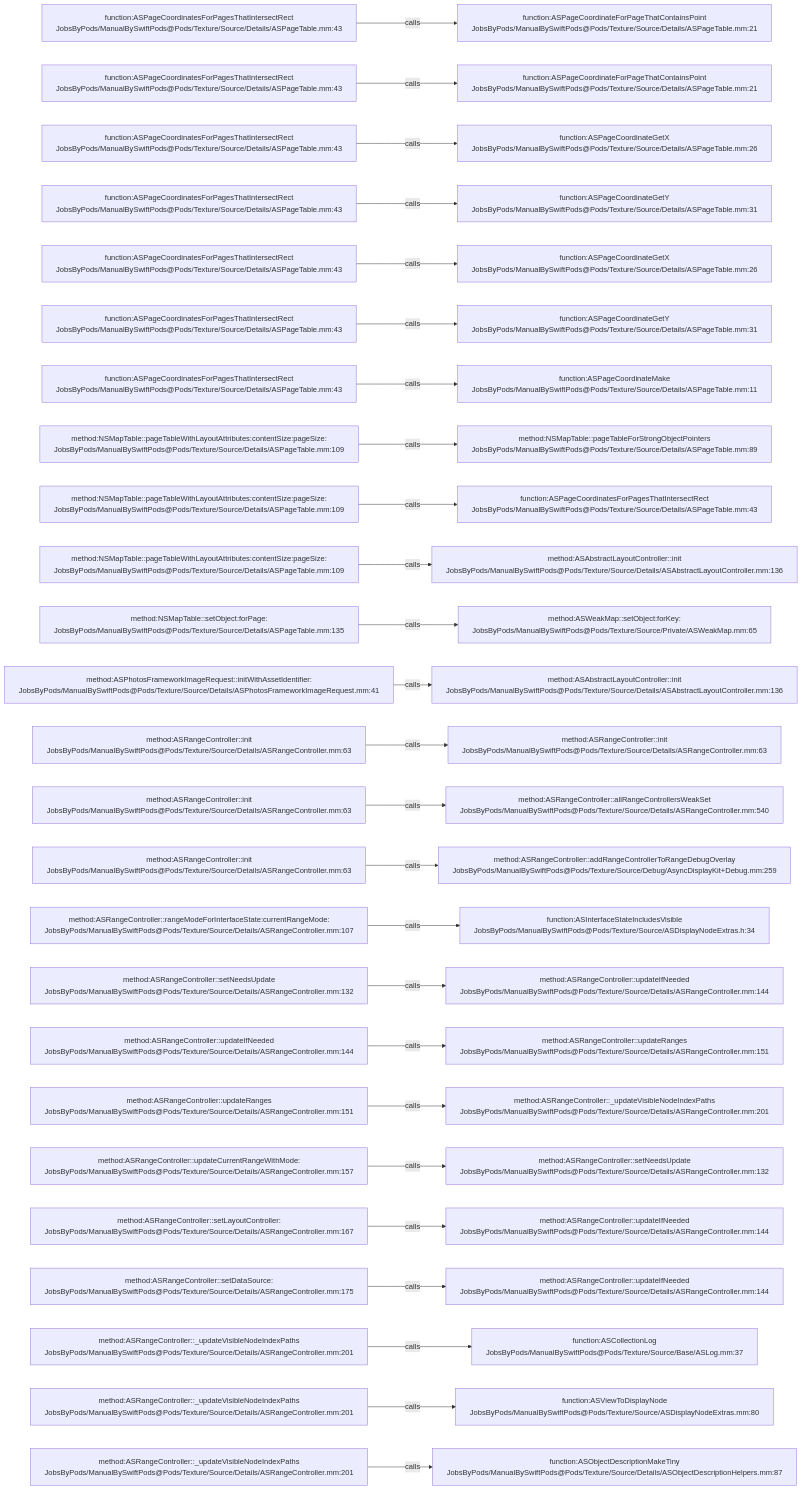
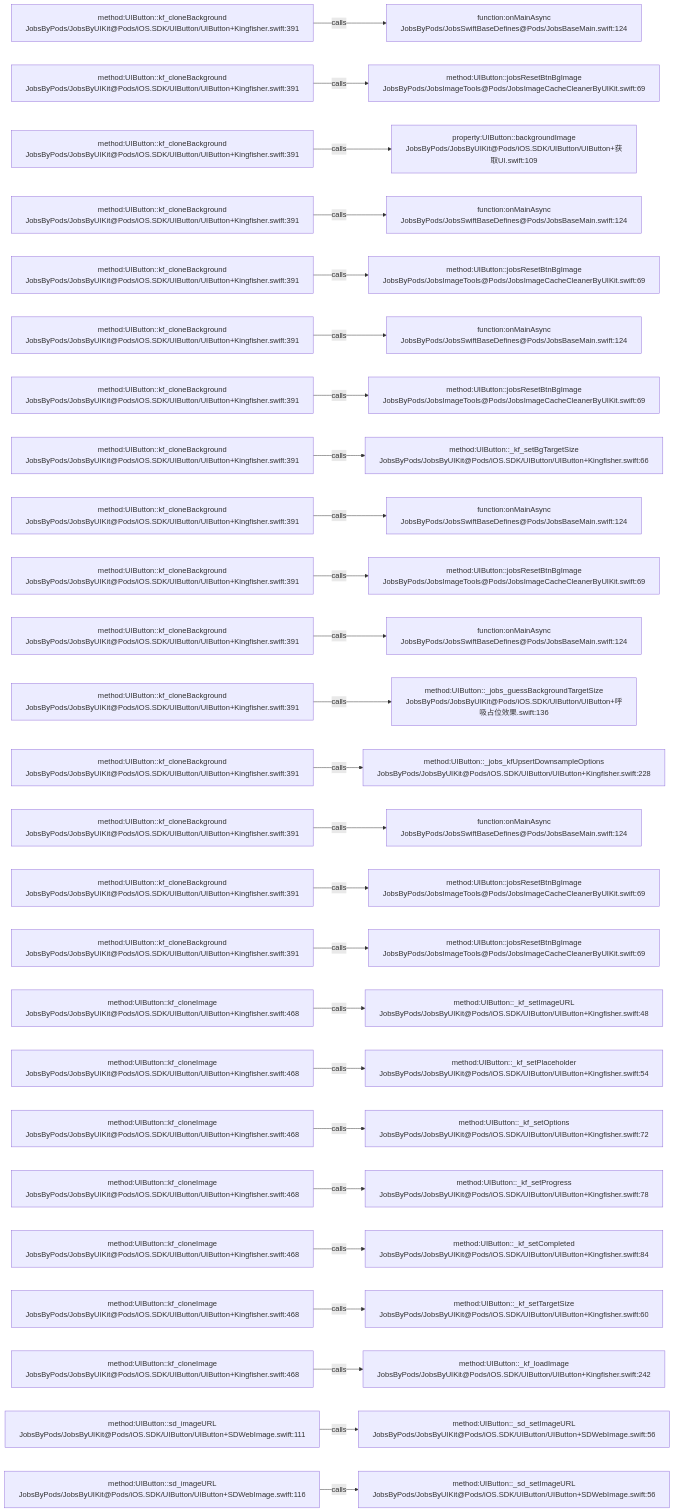
The diagram in .codegraph/codegraph.md/graphs/calls-093.md (JobsKits/JobsSwiftBaseConfigDemo), drawn with Mermaid before and after one commit. The commit also changed 224 other files, not shown here.

````diff
--- a/.codegraph/codegraph.md/graphs/calls-093.md
+++ b/.codegraph/codegraph.md/graphs/calls-093.md
@@ -13,78 +13,78 @@
 ```mermaid
 flowchart LR
-  S1["function:ASPageCoordinatesForPagesThatIntersectRect<br/>JobsByPods/ManualBySwiftPods@Pods/Texture/Source/Details/ASPageTable.mm:43"]
-  T1["function:ASPageCoordinateForPageThatContainsPoint<br/>JobsByPods/ManualBySwiftPods@Pods/Texture/Source/Details/ASPageTable.mm:21"]
+  S1["method:UIButton::kf_cloneBackground<br/>JobsByPods/JobsByUIKit@Pods/iOS.SDK/UIButton/UIButton+Kingfisher.swift:391"]
+  T1["function:onMainAsync<br/>JobsByPods/JobsSwiftBaseDefines@Pods/JobsBaseMain.swift:124"]
   S1 -->|calls| T1
-  S2["function:ASPageCoordinatesForPagesThatIntersectRect<br/>JobsByPods/ManualBySwiftPods@Pods/Texture/Source/Details/ASPageTable.mm:43"]
-  T2["function:ASPageCoordinateForPageThatContainsPoint<br/>JobsByPods/ManualBySwiftPods@Pods/Texture/Source/Details/ASPageTable.mm:21"]
+  S2["method:UIButton::kf_cloneBackground<br/>JobsByPods/JobsByUIKit@Pods/iOS.SDK/UIButton/UIButton+Kingfisher.swift:391"]
+  T2["method:UIButton::jobsResetBtnBgImage<br/>JobsByPods/JobsImageTools@Pods/JobsImageCacheCleanerByUIKit.swift:69"]
   S2 -->|calls| T2
-  S3["function:ASPageCoordinatesForPagesThatIntersectRect<br/>JobsByPods/ManualBySwiftPods@Pods/Texture/Source/Details/ASPageTable.mm:43"]
-  T3["function:ASPageCoordinateGetX<br/>JobsByPods/ManualBySwiftPods@Pods/Texture/Source/Details/ASPageTable.mm:26"]
+  S3["method:UIButton::kf_cloneBackground<br/>JobsByPods/JobsByUIKit@Pods/iOS.SDK/UIButton/UIButton+Kingfisher.swift:391"]
+  T3["property:UIButton::backgroundImage<br/>JobsByPods/JobsByUIKit@Pods/iOS.SDK/UIButton/UIButton+获取UI.swift:109"]
   S3 -->|calls| T3
-  S4["function:ASPageCoordinatesForPagesThatIntersectRect<br/>JobsByPods/ManualBySwiftPods@Pods/Texture/Source/Details/ASPageTable.mm:43"]
-  T4["function:ASPageCoordinateGetY<br/>JobsByPods/ManualBySwiftPods@Pods/Texture/Source/Details/ASPageTable.mm:31"]
+  S4["method:UIButton::kf_cloneBackground<br/>JobsByPods/JobsByUIKit@Pods/iOS.SDK/UIButton/UIButton+Kingfisher.swift:391"]
+  T4["function:onMainAsync<br/>JobsByPods/JobsSwiftBaseDefines@Pods/JobsBaseMain.swift:124"]
   S4 -->|calls| T4
-  S5["function:ASPageCoordinatesForPagesThatIntersectRect<br/>JobsByPods/ManualBySwiftPods@Pods/Texture/Source/Details/ASPageTable.mm:43"]
-  T5["function:ASPageCoordinateGetX<br/>JobsByPods/ManualBySwiftPods@Pods/Texture/Source/Details/ASPageTable.mm:26"]
+  S5["method:UIButton::kf_cloneBackground<br/>JobsByPods/JobsByUIKit@Pods/iOS.SDK/UIButton/UIButton+Kingfisher.swift:391"]
+  T5["method:UIButton::jobsResetBtnBgImage<br/>JobsByPods/JobsImageTools@Pods/JobsImageCacheCleanerByUIKit.swift:69"]
   S5 -->|calls| T5
-  S6["function:ASPageCoordinatesForPagesThatIntersectRect<br/>JobsByPods/ManualBySwiftPods@Pods/Texture/Source/Details/ASPageTable.mm:43"]
-  T6["function:ASPageCoordinateGetY<br/>JobsByPods/ManualBySwiftPods@Pods/Texture/Source/Details/ASPageTable.mm:31"]
+  S6["method:UIButton::kf_cloneBackground<br/>JobsByPods/JobsByUIKit@Pods/iOS.SDK/UIButton/UIButton+Kingfisher.swift:391"]
+  T6["function:onMainAsync<br/>JobsByPods/JobsSwiftBaseDefines@Pods/JobsBaseMain.swift:124"]
   S6 -->|calls| T6
-  S7["function:ASPageCoordinatesForPagesThatIntersectRect<br/>JobsByPods/ManualBySwiftPods@Pods/Texture/Source/Details/ASPageTable.mm:43"]
-  T7["function:ASPageCoordinateMake<br/>JobsByPods/ManualBySwiftPods@Pods/Texture/Source/Details/ASPageTable.mm:11"]
+  S7["method:UIButton::kf_cloneBackground<br/>JobsByPods/JobsByUIKit@Pods/iOS.SDK/UIButton/UIButton+Kingfisher.swift:391"]
+  T7["method:UIButton::jobsResetBtnBgImage<br/>JobsByPods/JobsImageTools@Pods/JobsImageCacheCleanerByUIKit.swift:69"]
   S7 -->|calls| T7
-  S8["method:NSMapTable::pageTableWithLayoutAttributes:contentSize:pageSize:<br/>JobsByPods/ManualBySwiftPods@Pods/Texture/Source/Details/ASPageTable.mm:109"]
-  T8["method:NSMapTable::pageTableForStrongObjectPointers<br/>JobsByPods/ManualBySwiftPods@Pods/Texture/Source/Details/ASPageTable.mm:89"]
+  S8["method:UIButton::kf_cloneBackground<br/>JobsByPods/JobsByUIKit@Pods/iOS.SDK/UIButton/UIButton+Kingfisher.swift:391"]
+  T8["method:UIButton::_kf_setBgTargetSize<br/>JobsByPods/JobsByUIKit@Pods/iOS.SDK/UIButton/UIButton+Kingfisher.swift:66"]
   S8 -->|calls| T8
-  S9["method:NSMapTable::pageTableWithLayoutAttributes:contentSize:pageSize:<br/>JobsByPods/ManualBySwiftPods@Pods/Texture/Source/Details/ASPageTable.mm:109"]
-  T9["function:ASPageCoordinatesForPagesThatIntersectRect<br/>JobsByPods/ManualBySwiftPods@Pods/Texture/Source/Details/ASPageTable.mm:43"]
+  S9["method:UIButton::kf_cloneBackground<br/>JobsByPods/JobsByUIKit@Pods/iOS.SDK/UIButton/UIButton+Kingfisher.swift:391"]
+  T9["function:onMainAsync<br/>JobsByPods/JobsSwiftBaseDefines@Pods/JobsBaseMain.swift:124"]
   S9 -->|calls| T9
-  S10["method:NSMapTable::pageTableWithLayoutAttributes:contentSize:pageSize:<br/>JobsByPods/ManualBySwiftPods@Pods/Texture/Source/Details/ASPageTable.mm:109"]
-  T10["method:ASAbstractLayoutController::init<br/>JobsByPods/ManualBySwiftPods@Pods/Texture/Source/Details/ASAbstractLayoutController.mm:136"]
+  S10["method:UIButton::kf_cloneBackground<br/>JobsByPods/JobsByUIKit@Pods/iOS.SDK/UIButton/UIButton+Kingfisher.swift:391"]
+  T10["method:UIButton::jobsResetBtnBgImage<br/>JobsByPods/JobsImageTools@Pods/JobsImageCacheCleanerByUIKit.swift:69"]
   S10 -->|calls| T10
-  S11["method:NSMapTable::setObject:forPage:<br/>JobsByPods/ManualBySwiftPods@Pods/Texture/Source/Details/ASPageTable.mm:135"]
-  T11["method:ASWeakMap::setObject:forKey:<br/>JobsByPods/ManualBySwiftPods@Pods/Texture/Source/Private/ASWeakMap.mm:65"]
+  S11["method:UIButton::kf_cloneBackground<br/>JobsByPods/JobsByUIKit@Pods/iOS.SDK/UIButton/UIButton+Kingfisher.swift:391"]
+  T11["function:onMainAsync<br/>JobsByPods/JobsSwiftBaseDefines@Pods/JobsBaseMain.swift:124"]
   S11 -->|calls| T11
-  S12["method:ASPhotosFrameworkImageRequest::initWithAssetIdentifier:<br/>JobsByPods/ManualBySwiftPods@Pods/Texture/Source/Details/ASPhotosFrameworkImageRequest.mm:41"]
-  T12["method:ASAbstractLayoutController::init<br/>JobsByPods/ManualBySwiftPods@Pods/Texture/Source/Details/ASAbstractLayoutController.mm:136"]
+  S12["method:UIButton::kf_cloneBackground<br/>JobsByPods/JobsByUIKit@Pods/iOS.SDK/UIButton/UIButton+Kingfisher.swift:391"]
+  T12["method:UIButton::_jobs_guessBackgroundTargetSize<br/>JobsByPods/JobsByUIKit@Pods/iOS.SDK/UIButton/UIButton+呼吸占位效果.swift:136"]
   S12 -->|calls| T12
-  S13["method:ASRangeController::init<br/>JobsByPods/ManualBySwiftPods@Pods/Texture/Source/Details/ASRangeController.mm:63"]
-  T13["method:ASRangeController::init<br/>JobsByPods/ManualBySwiftPods@Pods/Texture/Source/Details/ASRangeController.mm:63"]
+  S13["method:UIButton::kf_cloneBackground<br/>JobsByPods/JobsByUIKit@Pods/iOS.SDK/UIButton/UIButton+Kingfisher.swift:391"]
+  T13["method:UIButton::_jobs_kfUpsertDownsampleOptions<br/>JobsByPods/JobsByUIKit@Pods/iOS.SDK/UIButton/UIButton+Kingfisher.swift:228"]
   S13 -->|calls| T13
-  S14["method:ASRangeController::init<br/>JobsByPods/ManualBySwiftPods@Pods/Texture/Source/Details/ASRangeController.mm:63"]
-  T14["method:ASRangeController::allRangeControllersWeakSet<br/>JobsByPods/ManualBySwiftPods@Pods/Texture/Source/Details/ASRangeController.mm:540"]
+  S14["method:UIButton::kf_cloneBackground<br/>JobsByPods/JobsByUIKit@Pods/iOS.SDK/UIButton/UIButton+Kingfisher.swift:391"]
+  T14["function:onMainAsync<br/>JobsByPods/JobsSwiftBaseDefines@Pods/JobsBaseMain.swift:124"]
   S14 -->|calls| T14
-  S15["method:ASRangeController::init<br/>JobsByPods/ManualBySwiftPods@Pods/Texture/Source/Details/ASRangeController.mm:63"]
-  T15["method:ASRangeController::addRangeControllerToRangeDebugOverlay<br/>JobsByPods/ManualBySwiftPods@Pods/Texture/Source/Debug/AsyncDisplayKit+Debug.mm:259"]
+  S15["method:UIButton::kf_cloneBackground<br/>JobsByPods/JobsByUIKit@Pods/iOS.SDK/UIButton/UIButton+Kingfisher.swift:391"]
+  T15["method:UIButton::jobsResetBtnBgImage<br/>JobsByPods/JobsImageTools@Pods/JobsImageCacheCleanerByUIKit.swift:69"]
   S15 -->|calls| T15
-  S16["method:ASRangeController::rangeModeForInterfaceState:currentRangeMode:<br/>JobsByPods/ManualBySwiftPods@Pods/Texture/Source/Details/ASRangeController.mm:107"]
-  T16["function:ASInterfaceStateIncludesVisible<br/>JobsByPods/ManualBySwiftPods@Pods/Texture/Source/ASDisplayNodeExtras.h:34"]
+  S16["method:UIButton::kf_cloneBackground<br/>JobsByPods/JobsByUIKit@Pods/iOS.SDK/UIButton/UIButton+Kingfisher.swift:391"]
+  T16["method:UIButton::jobsResetBtnBgImage<br/>JobsByPods/JobsImageTools@Pods/JobsImageCacheCleanerByUIKit.swift:69"]
   S16 -->|calls| T16
-  S17["method:ASRangeController::setNeedsUpdate<br/>JobsByPods/ManualBySwiftPods@Pods/Texture/Source/Details/ASRangeController.mm:132"]
-  T17["method:ASRangeController::updateIfNeeded<br/>JobsByPods/ManualBySwiftPods@Pods/Texture/Source/Details/ASRangeController.mm:144"]
+  S17["method:UIButton::kf_cloneImage<br/>JobsByPods/JobsByUIKit@Pods/iOS.SDK/UIButton/UIButton+Kingfisher.swift:468"]
+  T17["method:UIButton::_kf_setImageURL<br/>JobsByPods/JobsByUIKit@Pods/iOS.SDK/UIButton/UIButton+Kingfisher.swift:48"]
   S17 -->|calls| T17
-  S18["method:ASRangeController::updateIfNeeded<br/>JobsByPods/ManualBySwiftPods@Pods/Texture/Source/Details/ASRangeController.mm:144"]
-  T18["method:ASRangeController::updateRanges<br/>JobsByPods/ManualBySwiftPods@Pods/Texture/Source/Details/ASRangeController.mm:151"]
+  S18["method:UIButton::kf_cloneImage<br/>JobsByPods/JobsByUIKit@Pods/iOS.SDK/UIButton/UIButton+Kingfisher.swift:468"]
+  T18["method:UIButton::_kf_setPlaceholder<br/>JobsByPods/JobsByUIKit@Pods/iOS.SDK/UIButton/UIButton+Kingfisher.swift:54"]
   S18 -->|calls| T18
-  S19["method:ASRangeController::updateRanges<br/>JobsByPods/ManualBySwiftPods@Pods/Texture/Source/Details/ASRangeController.mm:151"]
-  T19["method:ASRangeController::_updateVisibleNodeIndexPaths<br/>JobsByPods/ManualBySwiftPods@Pods/Texture/Source/Details/ASRangeController.mm:201"]
+  S19["method:UIButton::kf_cloneImage<br/>JobsByPods/JobsByUIKit@Pods/iOS.SDK/UIButton/UIButton+Kingfisher.swift:468"]
+  T19["method:UIButton::_kf_setOptions<br/>JobsByPods/JobsByUIKit@Pods/iOS.SDK/UIButton/UIButton+Kingfisher.swift:72"]
   S19 -->|calls| T19
-  S20["method:ASRangeController::updateCurrentRangeWithMode:<br/>JobsByPods/ManualBySwiftPods@Pods/Texture/Source/Details/ASRangeController.mm:157"]
-  T20["method:ASRangeController::setNeedsUpdate<br/>JobsByPods/ManualBySwiftPods@Pods/Texture/Source/Details/ASRangeController.mm:132"]
+  S20["method:UIButton::kf_cloneImage<br/>JobsByPods/JobsByUIKit@Pods/iOS.SDK/UIButton/UIButton+Kingfisher.swift:468"]
+  T20["method:UIButton::_kf_setProgress<br/>JobsByPods/JobsByUIKit@Pods/iOS.SDK/UIButton/UIButton+Kingfisher.swift:78"]
   S20 -->|calls| T20
-  S21["method:ASRangeController::setLayoutController:<br/>JobsByPods/ManualBySwiftPods@Pods/Texture/Source/Details/ASRangeController.mm:167"]
-  T21["method:ASRangeController::updateIfNeeded<br/>JobsByPods/ManualBySwiftPods@Pods/Texture/Source/Details/ASRangeController.mm:144"]
+  S21["method:UIButton::kf_cloneImage<br/>JobsByPods/JobsByUIKit@Pods/iOS.SDK/UIButton/UIButton+Kingfisher.swift:468"]
+  T21["method:UIButton::_kf_setCompleted<br/>JobsByPods/JobsByUIKit@Pods/iOS.SDK/UIButton/UIButton+Kingfisher.swift:84"]
   S21 -->|calls| T21
-  S22["method:ASRangeController::setDataSource:<br/>JobsByPods/ManualBySwiftPods@Pods/Texture/Source/Details/ASRangeController.mm:175"]
-  T22["method:ASRangeController::updateIfNeeded<br/>JobsByPods/ManualBySwiftPods@Pods/Texture/Source/Details/ASRangeController.mm:144"]
+  S22["method:UIButton::kf_cloneImage<br/>JobsByPods/JobsByUIKit@Pods/iOS.SDK/UIButton/UIButton+Kingfisher.swift:468"]
+  T22["method:UIButton::_kf_setTargetSize<br/>JobsByPods/JobsByUIKit@Pods/iOS.SDK/UIButton/UIButton+Kingfisher.swift:60"]
   S22 -->|calls| T22
-  S23["method:ASRangeController::_updateVisibleNodeIndexPaths<br/>JobsByPods/ManualBySwiftPods@Pods/Texture/Source/Details/ASRangeController.mm:201"]
-  T23["function:ASCollectionLog<br/>JobsByPods/ManualBySwiftPods@Pods/Texture/Source/Base/ASLog.mm:37"]
+  S23["method:UIButton::kf_cloneImage<br/>JobsByPods/JobsByUIKit@Pods/iOS.SDK/UIButton/UIButton+Kingfisher.swift:468"]
+  T23["method:UIButton::_kf_loadImage<br/>JobsByPods/JobsByUIKit@Pods/iOS.SDK/UIButton/UIButton+Kingfisher.swift:242"]
   S23 -->|calls| T23
-  S24["method:ASRangeController::_updateVisibleNodeIndexPaths<br/>JobsByPods/ManualBySwiftPods@Pods/Texture/Source/Details/ASRangeController.mm:201"]
-  T24["function:ASViewToDisplayNode<br/>JobsByPods/ManualBySwiftPods@Pods/Texture/Source/ASDisplayNodeExtras.mm:80"]
+  S24["method:UIButton::sd_imageURL<br/>JobsByPods/JobsByUIKit@Pods/iOS.SDK/UIButton/UIButton+SDWebImage.swift:111"]
+  T24["method:UIButton::_sd_setImageURL<br/>JobsByPods/JobsByUIKit@Pods/iOS.SDK/UIButton/UIButton+SDWebImage.swift:56"]
   S24 -->|calls| T24
-  S25["method:ASRangeController::_updateVisibleNodeIndexPaths<br/>JobsByPods/ManualBySwiftPods@Pods/Texture/Source/Details/ASRangeController.mm:201"]
-  T25["function:ASObjectDescriptionMakeTiny<br/>JobsByPods/ManualBySwiftPods@Pods/Texture/Source/Details/ASObjectDescriptionHelpers.mm:87"]
+  S25["method:UIButton::sd_imageURL<br/>JobsByPods/JobsByUIKit@Pods/iOS.SDK/UIButton/UIButton+SDWebImage.swift:116"]
+  T25["method:UIButton::_sd_setImageURL<br/>JobsByPods/JobsByUIKit@Pods/iOS.SDK/UIButton/UIButton+SDWebImage.swift:56"]
   S25 -->|calls| T25
 ```
````
